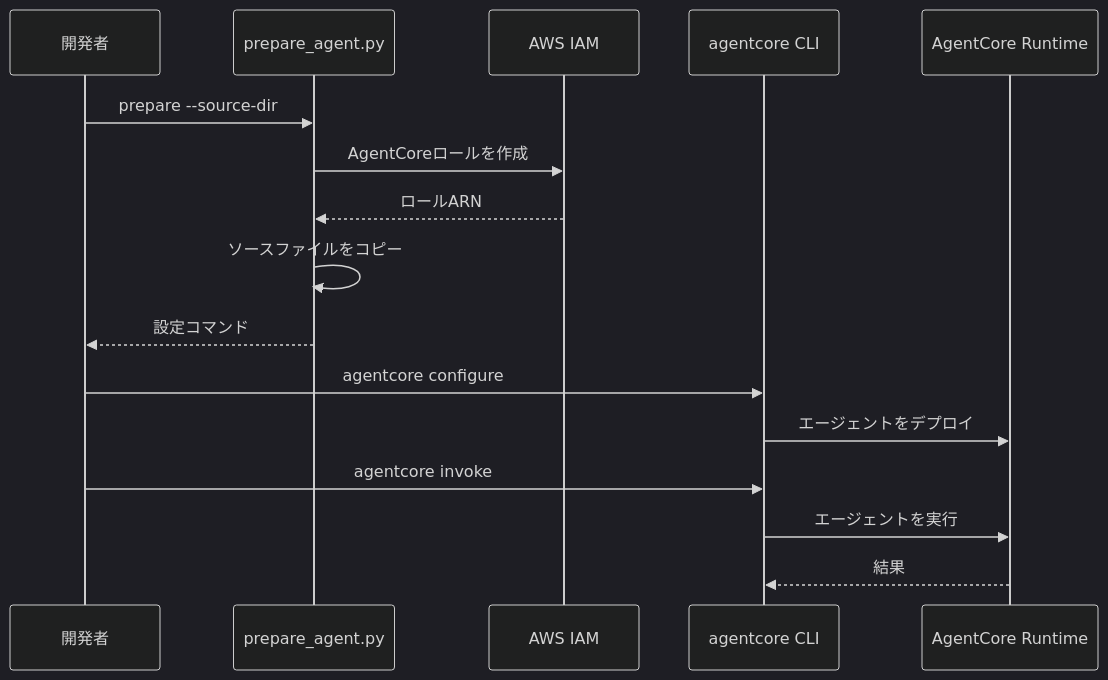
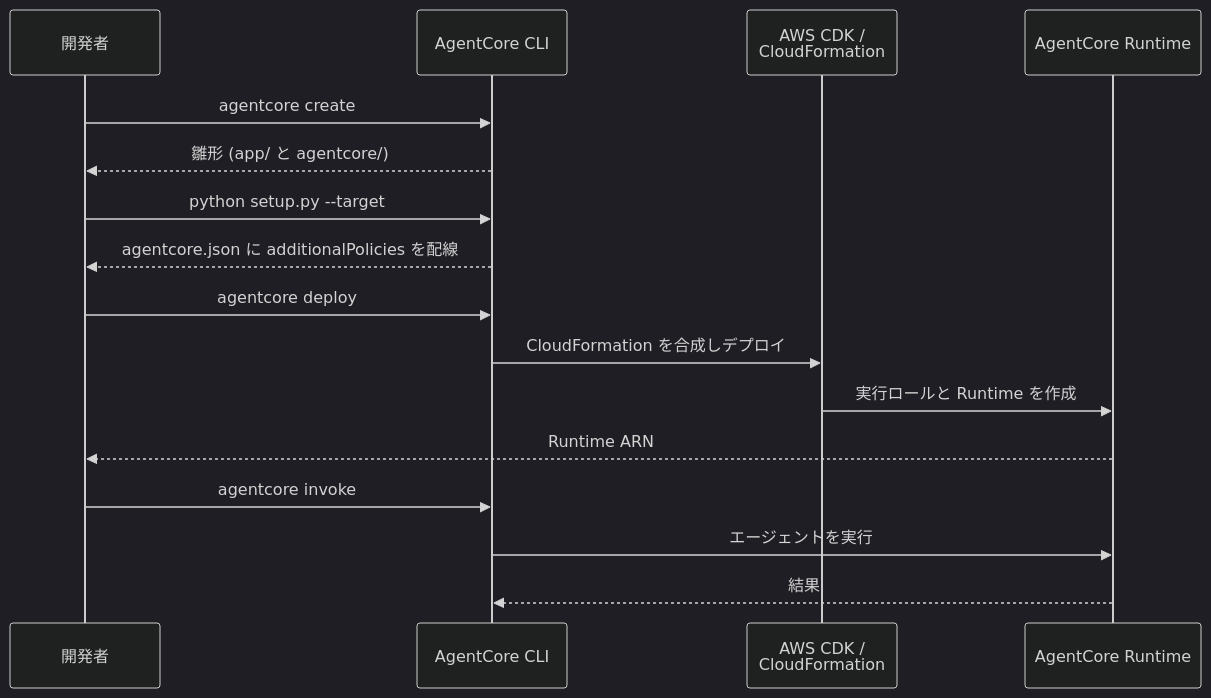
One commit to aws-samples/sample-amazon-bedrock-agentcore-onboarding changed the diagram in 02_runtime/README_ja.md. Above: the diagram before and after it, drawn with Mermaid (dark theme). The commit also changed other lines of this file and 68 other files, not shown here.

First line of the commit message:
feat: migrate labs from Starter Toolkit to AgentCore CLI

````diff
--- a/02_runtime/README_ja.md
+++ b/02_runtime/README_ja.md
@@ -9,19 +9,19 @@
 ```mermaid
 sequenceDiagram
     participant Dev as 開発者
-    participant Prep as prepare_agent.py
-    participant IAM as AWS IAM
-    participant CLI as agentcore CLI
+    participant CLI as AgentCore CLI
+    participant CDK as AWS CDK /<br/>CloudFormation
     participant Runtime as AgentCore Runtime
 
-    Dev->>Prep: prepare --source-dir
-    Prep->>IAM: AgentCoreロールを作成
-    IAM-->>Prep: ロールARN
-    Prep->>Prep: ソースファイルをコピー
-    Prep-->>Dev: 設定コマンド
-    Dev->>CLI: agentcore configure
-    CLI->>Runtime: エージェントをデプロイ
+    Dev->>CLI: agentcore create
+    CLI-->>Dev: 雛形 (app/ と agentcore/)
+    Dev->>CLI: python setup.py --target
+    CLI-->>Dev: agentcore.json に additionalPolicies を配線
+    Dev->>CLI: agentcore deploy
+    CLI->>CDK: CloudFormation を合成しデプロイ
+    CDK->>Runtime: 実行ロールと Runtime を作成
+    Runtime-->>Dev: Runtime ARN
     Dev->>CLI: agentcore invoke
     CLI->>Runtime: エージェントを実行
     Runtime-->>CLI: 結果
 ```
````
